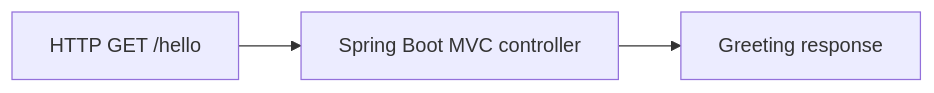
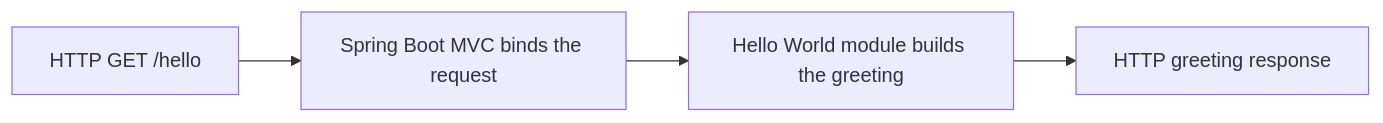
One commit to Klokesh493/spring-boot-demo changed the diagram in docs/ARCHITECTURE.md. Above: the diagram before and after it, drawn with Mermaid. The commit also changed 1 other file, not shown here.

Commit message:
Show the project decision flow in its README

````diff
--- a/docs/ARCHITECTURE.md
+++ b/docs/ARCHITECTURE.md
@@ -5,7 +5,8 @@
 ```mermaid
 flowchart LR
-    N0["HTTP GET /hello"]
-    N1["Spring Boot MVC controller"]
-    N2["Greeting response"]
-    N0 --> N1 --> N2
+    A["HTTP GET /hello"]
+    B["Spring Boot MVC binds the request"]
+    C["Hello World module builds the greeting"]
+    D["HTTP greeting response"]
+    A --> B --> C --> D
 ```
````
